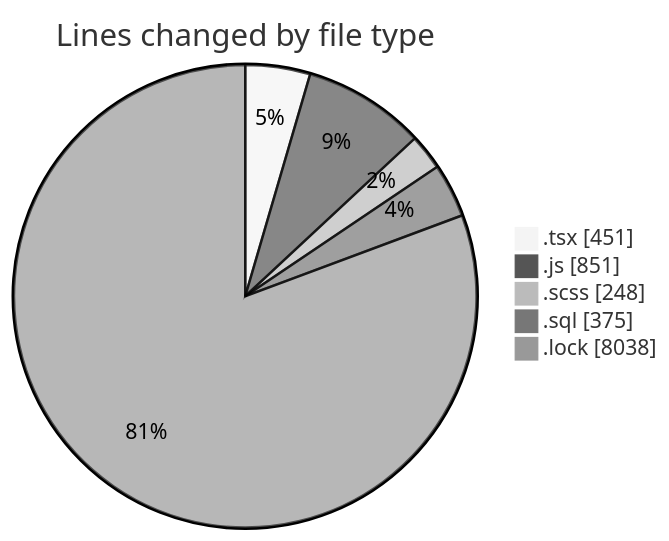
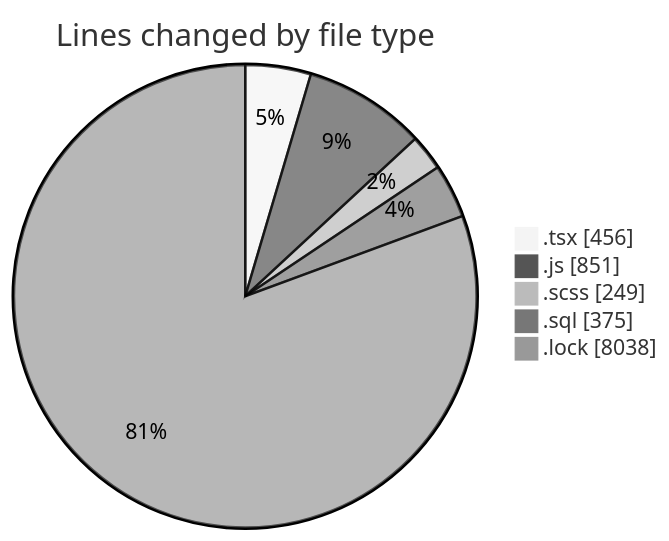
The first of 2 diagrams in 2025-03-18/cda/README.md (momahboobian/code-tracking), drawn with Mermaid (neutral theme) before and after one commit. The commit also changed other lines of this file and 1 other file, not shown here.

````diff
--- a/2025-03-18/cda/README.md
+++ b/2025-03-18/cda/README.md
@@ -30,9 +30,9 @@
 ```mermaid
 pie showData
 title Lines changed by file type
-".tsx" : 451
+".tsx" : 456
 ".js" : 851
-".scss" : 248
+".scss" : 249
 ".sql" : 375
 ".lock" : 8038
 ```
````
